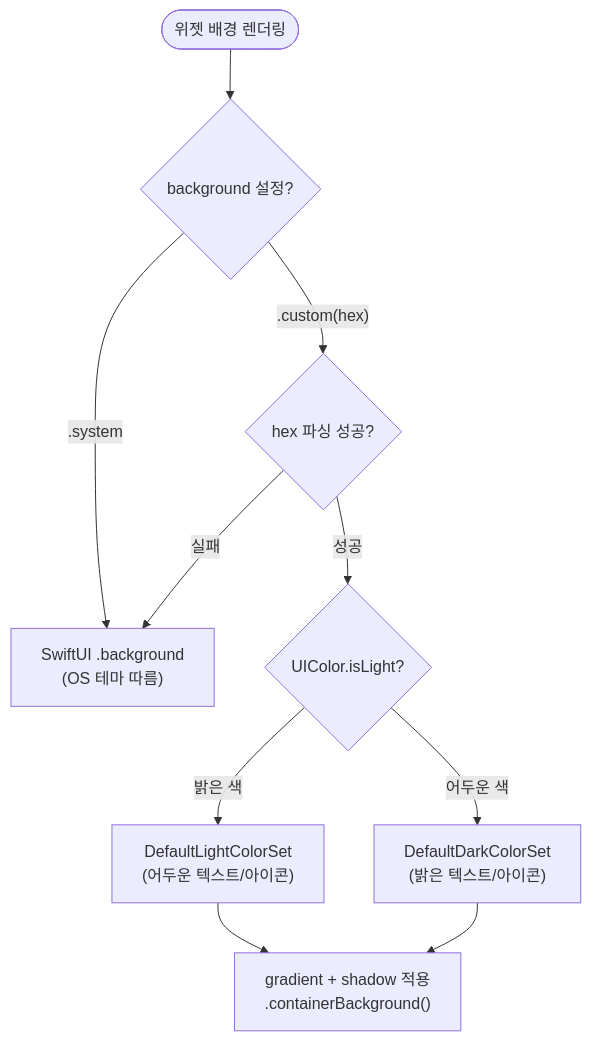
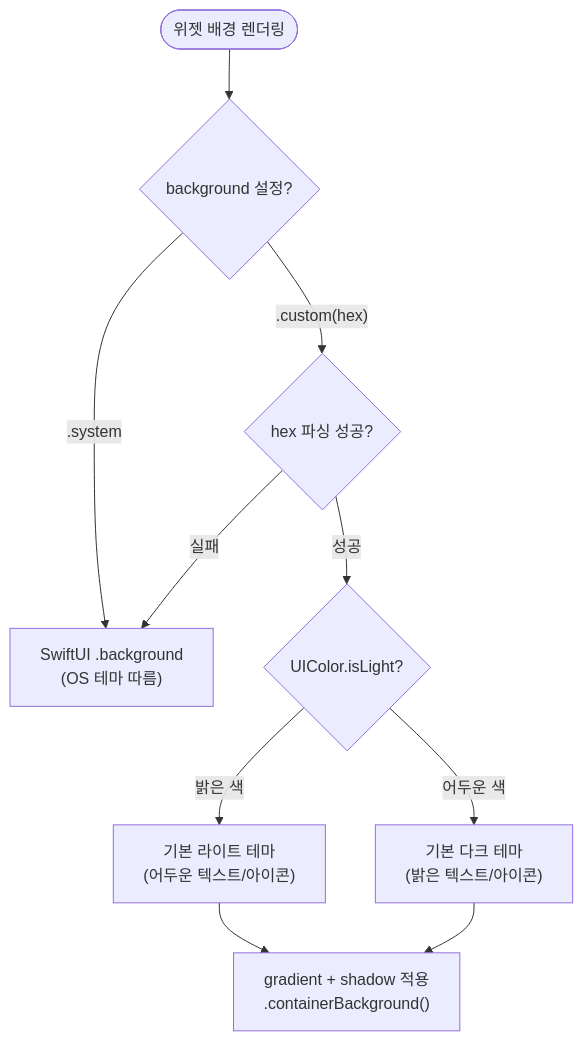
One commit to sudopark/TodoCalendar changed the third of 4 diagrams in docs/spec/widgets.md. Above: the diagram before and after it, drawn with Mermaid. The commit also changed other lines of this file and 2 other files, not shown here.

Commit message:
[#1176] 스펙이 기존 두 테마를 테마 정의로 가리킨다
- color-themes.md 출처 표기 — 상속 값의 출처를 ColorSetKeys+Definition.swift 로 옮기고, 출시 라이트·다크도 같은 정의 구조에 override 를 담는다고 적는다
- widgets.md §8.2·배경 흐름도, widget-style-items.md — 사라진 struct 이름 대신 기본 라이트·다크 테마로 부르고 줄 번호를 실물에 맞춘다

````diff
--- a/docs/spec/widgets.md
+++ b/docs/spec/widgets.md
@@ -650,16 +650,16 @@
 ```mermaid
 flowchart TD
     Start([위젯 배경 렌더링]) --> BG{background 설정?}
 
     BG -->|.system| System["SwiftUI .background\n(OS 테마 따름)"]
 
     BG -->|".custom(hex)"| Parse{hex 파싱 성공?}
     Parse -->|실패| System
     Parse -->|성공| Detect{UIColor.isLight?}
 
-    Detect -->|밝은 색| Light["DefaultLightColorSet\n(어두운 텍스트/아이콘)"]
-    Detect -->|어두운 색| Dark["DefaultDarkColorSet\n(밝은 텍스트/아이콘)"]
+    Detect -->|밝은 색| Light["기본 라이트 테마\n(어두운 텍스트/아이콘)"]
+    Detect -->|어두운 색| Dark["기본 다크 테마\n(밝은 텍스트/아이콘)"]
 
     Light --> Render["gradient + shadow 적용\n.containerBackground()"]
     Dark --> Render
 ```
````
